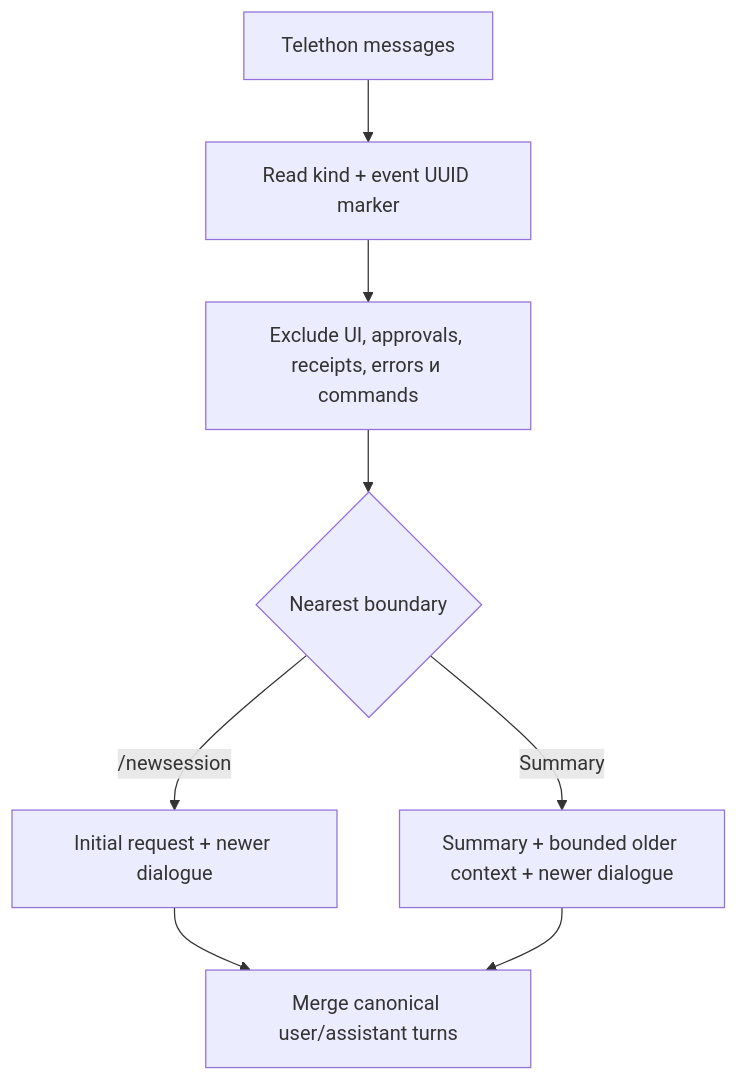
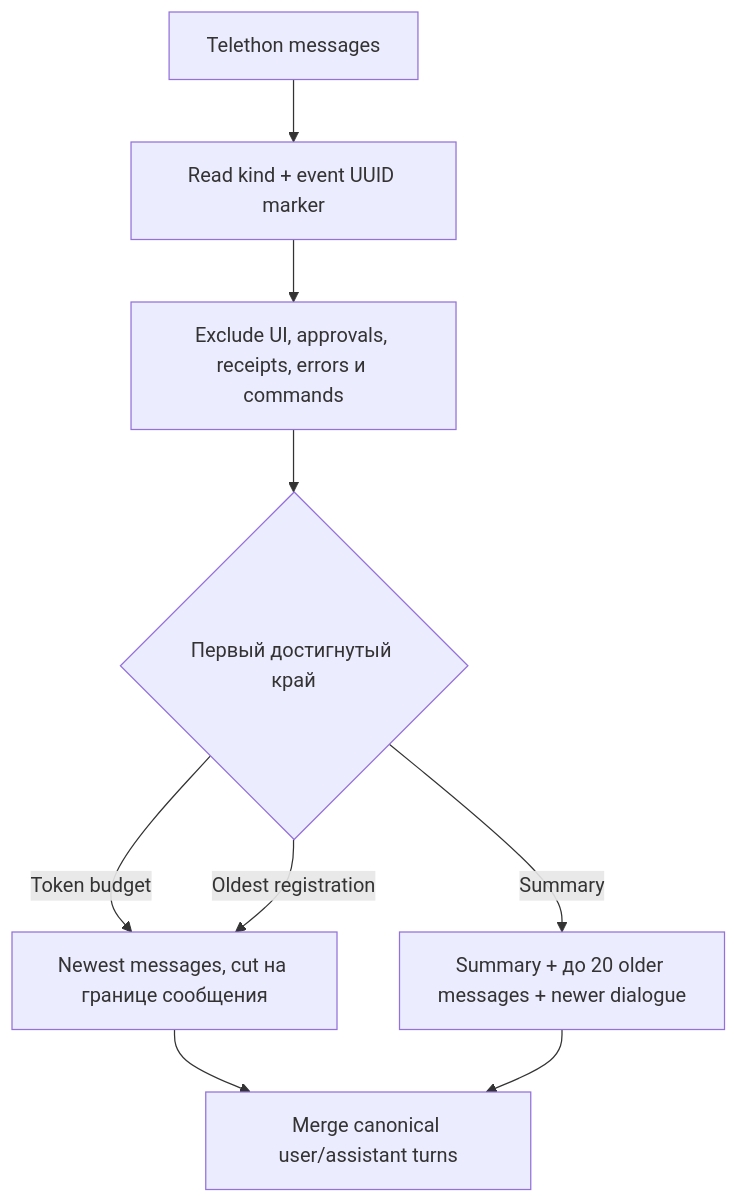
The tenth of 11 diagrams in docs/STRUCTURE_GRAPH.md (myvaheed/tg-ai-safwa), drawn with Mermaid before and after one commit. The commit also changed other lines of this file and 28 other files, not shown here.

````diff
--- a/docs/STRUCTURE_GRAPH.md
+++ b/docs/STRUCTURE_GRAPH.md
@@ -281,10 +281,11 @@
 ```mermaid
 flowchart TD
     CHAT["Telethon messages"] --> MARK["Read kind + event UUID marker"]
     MARK --> FILTER["Exclude UI, approvals, receipts, errors и commands"]
-    FILTER --> BOUNDARY{"Nearest boundary"}
-    BOUNDARY -->|"/newsession"| SESSION["Initial request + newer dialogue"]
-    BOUNDARY -->|"Summary"| SUMMARY["Summary + bounded older context + newer dialogue"]
-    SESSION --> TURNS["Merge canonical user/assistant turns"]
+    FILTER --> STOP{"Первый достигнутый край"}
+    STOP -->|"Token budget"| WINDOW["Newest messages, cut на границе сообщения"]
+    STOP -->|"Summary"| SUMMARY["Summary + до 20 older messages + newer dialogue"]
+    STOP -->|"Oldest registration"| WINDOW
+    WINDOW --> TURNS["Merge canonical user/assistant turns"]
     SUMMARY --> TURNS
 ```
````
